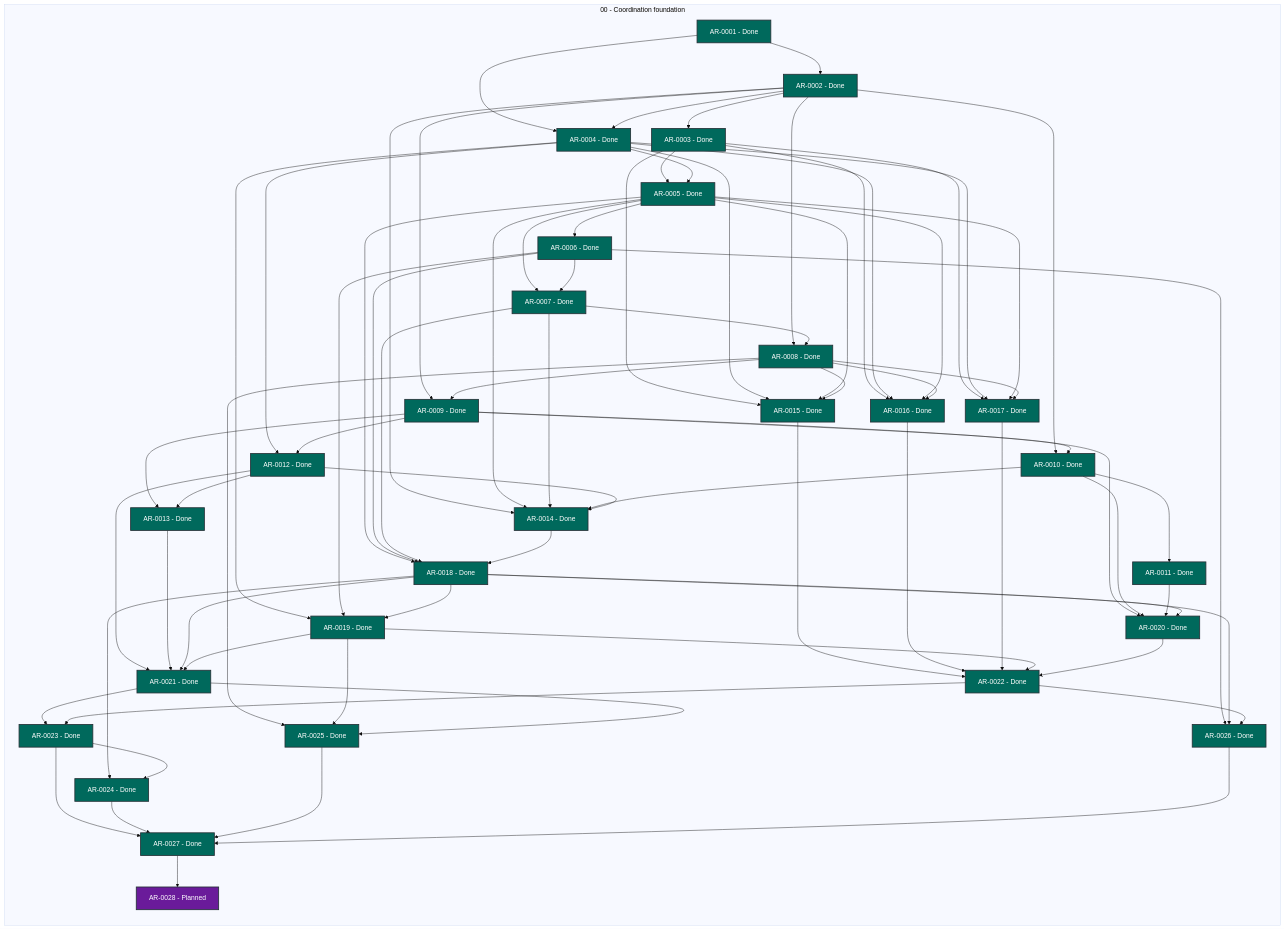
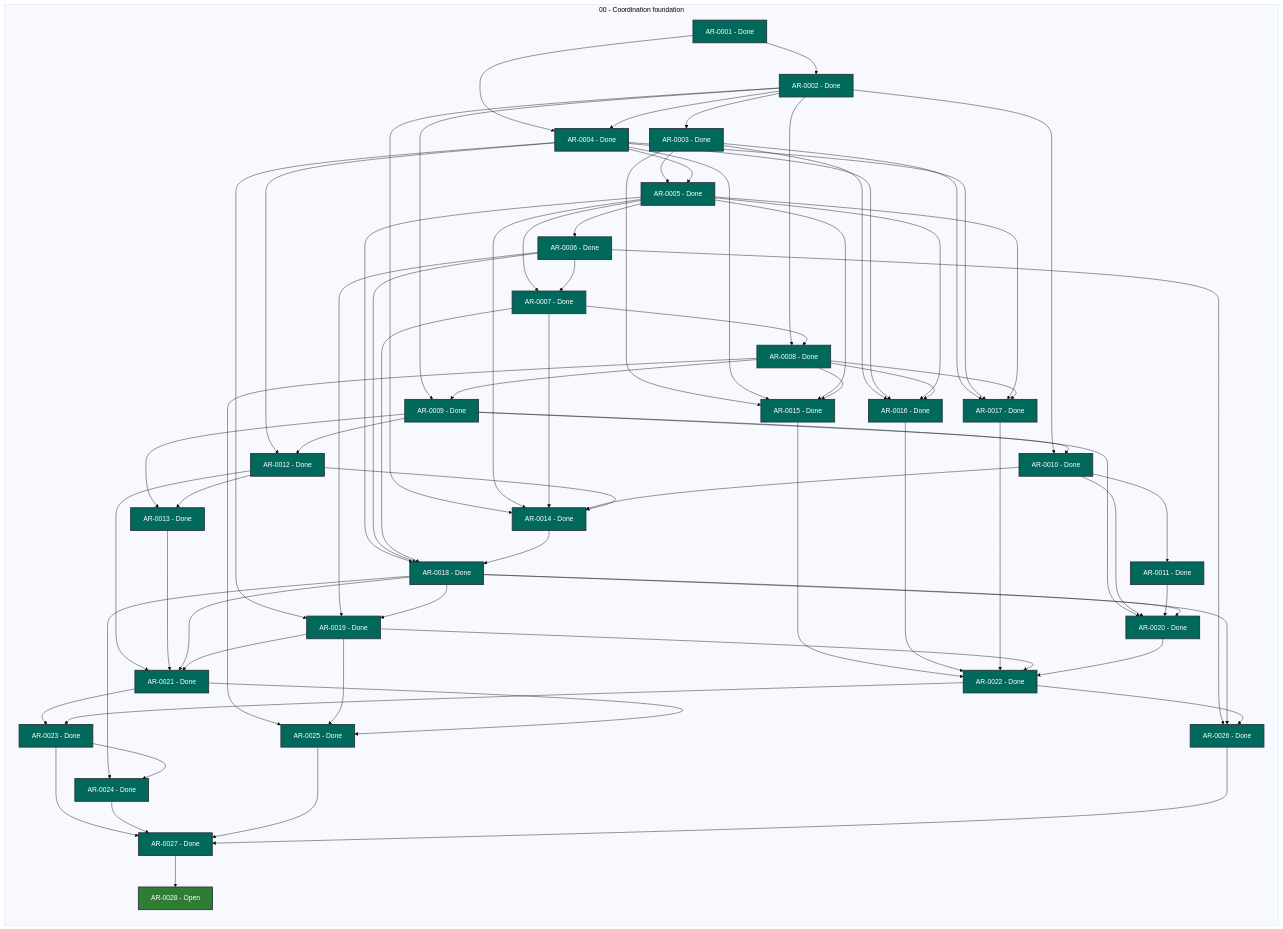
The diagram in STATUS.md (martin-beck/agent-workflow-runtime-state), drawn with Mermaid (base theme) before and after one commit. The commit also changed other lines of this file and 2 other files, not shown here.

```diff
--- a/STATUS.md
+++ b/STATUS.md
@@ -55,7 +55,7 @@
         AR_0025["AR-0025 - Done"]:::status_done
         AR_0026["AR-0026 - Done"]:::status_done
         AR_0027["AR-0027 - Done"]:::status_done
-        AR_0028["AR-0028 - Planned"]:::status_planned
+        AR_0028["AR-0028 - Open"]:::status_open
     end
     AR_0001 --> AR_0002
     AR_0001 --> AR_0004
```
